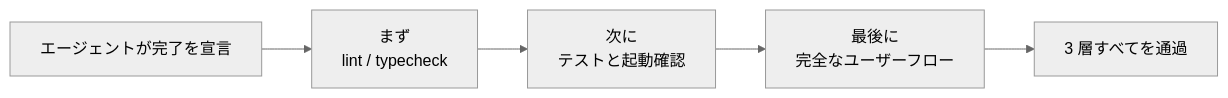
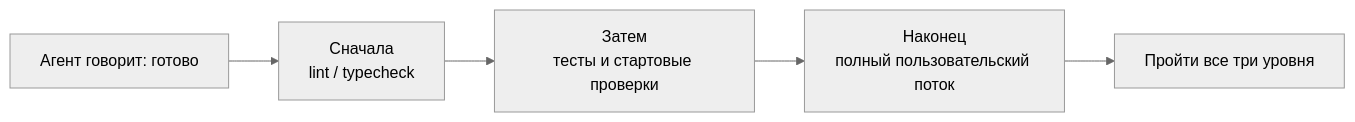
One commit to mkusaka/learn-harness-engineering changed the first of 2 diagrams in docs/ru/lectures/lecture-09-why-agents-declare-victory-too-early/index.md. Above: the diagram before and after it, drawn with Mermaid (neutral theme). The commit also changed other lines of this file and 684 other files, not shown here.

````diff
--- a/docs/ru/lectures/lecture-09-why-agents-declare-victory-too-early/index.md
+++ b/docs/ru/lectures/lecture-09-why-agents-declare-victory-too-early/index.md
@@ -22,7 +22,7 @@
 ```mermaid
 flowchart LR
-    Claim["エージェントが完了を宣言"] --> L1["まず<br/>lint / typecheck"]
-    L1 --> L2["次に<br/>テストと起動確認"]
-    L2 --> L3["最後に<br/>完全なユーザーフロー"]
-    L3 --> Done["3 層すべてを通過"]
+    Claim["Агент говорит: готово"] --> L1["Сначала<br/>lint / typecheck"]
+    L1 --> L2["Затем<br/>тесты и стартовые проверки"]
+    L2 --> L3["Наконец<br/>полный пользовательский поток"]
+    L3 --> Done["Пройти все три уровня"]
 ```
````
